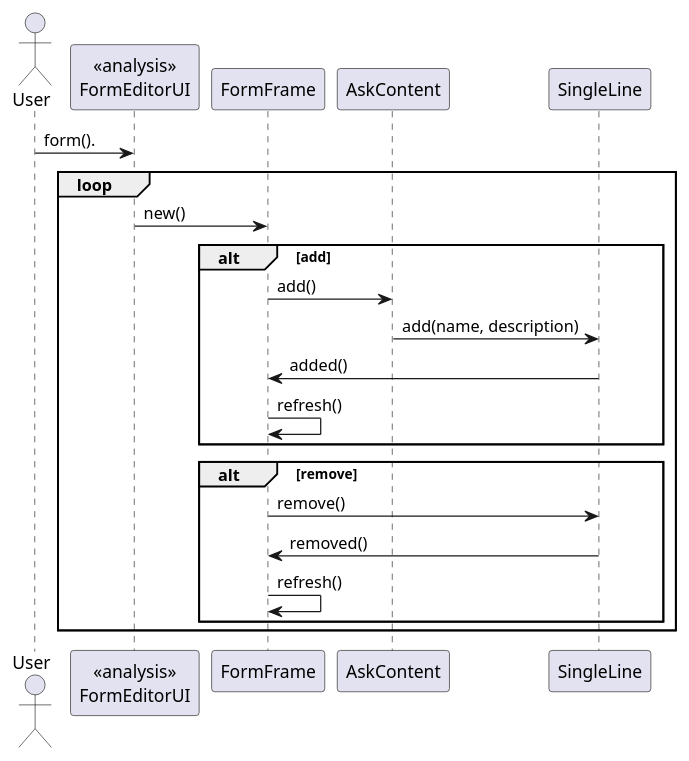
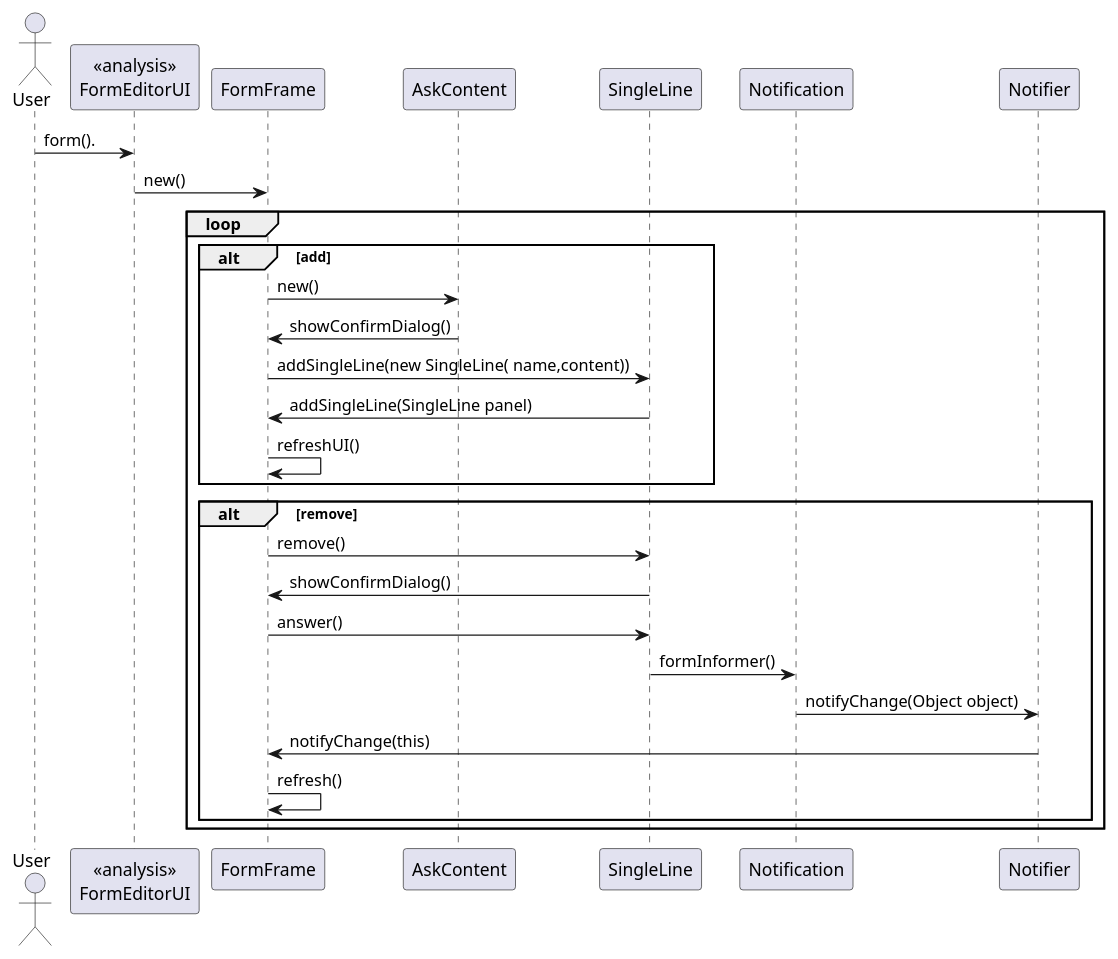
The diagram in src/main/java/csheets/worklog/n1141042/sprint2/forms_editor_design.puml (RubenTeixeira/cleansheets_isep_2dg_2016), drawn with PlantUML before and after one commit. The commit also changed 1 other file, not shown here.

```diff
--- a/src/main/java/csheets/worklog/n1141042/sprint2/forms_editor_design.puml
+++ b/src/main/java/csheets/worklog/n1141042/sprint2/forms_editor_design.puml
@@ -1,25 +1,31 @@
 @startuml doc-files/forms_editor_design.png
 
 actor User
 participant "<<analysis>>\nFormEditorUI" as FormEditorUI
 
 
 
 User->FormEditorUI: form().
+FormEditorUI->FormFrame: new()
 loop
-FormEditorUI->FormFrame: new()
 alt add
-FormFrame->AskContent: add()
-AskContent->SingleLine:add(name, description)
-SingleLine->FormFrame: added()
-FormFrame->FormFrame: refresh()
+FormFrame->AskContent: new()
+AskContent->FormFrame: showConfirmDialog()
+FormFrame->SingleLine: addSingleLine(new SingleLine( name,content))
+SingleLine->FormFrame: addSingleLine(SingleLine panel)
+FormFrame->FormFrame:  refreshUI()
 end
 alt remove
 FormFrame->SingleLine: remove()
-SingleLine->FormFrame: removed()
+SingleLine->FormFrame: showConfirmDialog()
+FormFrame->SingleLine: answer()
+SingleLine->Notification:formInformer() 
+Notification->Notifier: notifyChange(Object object)
+
+Notifier->FormFrame: notifyChange(this)
 FormFrame->FormFrame: refresh()
 end
 
 end
 
 @enduml
```
